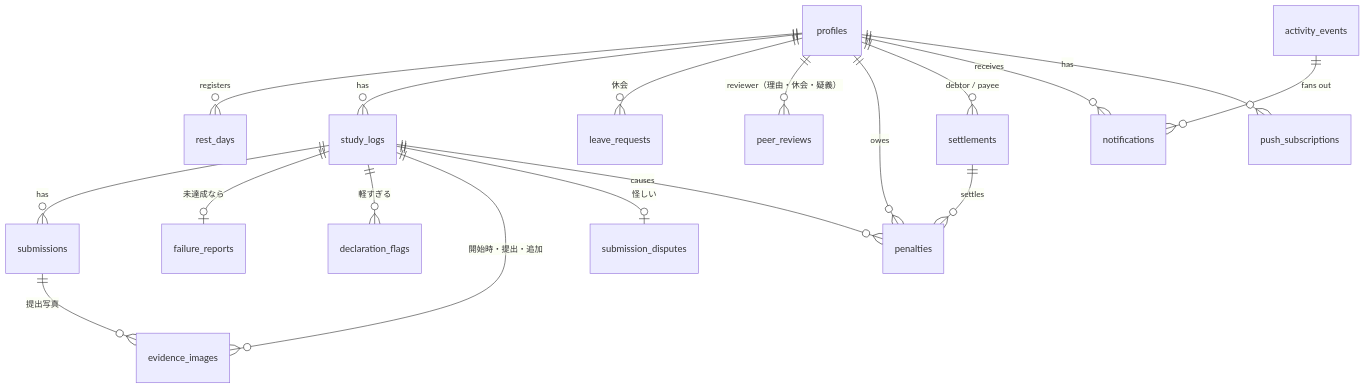
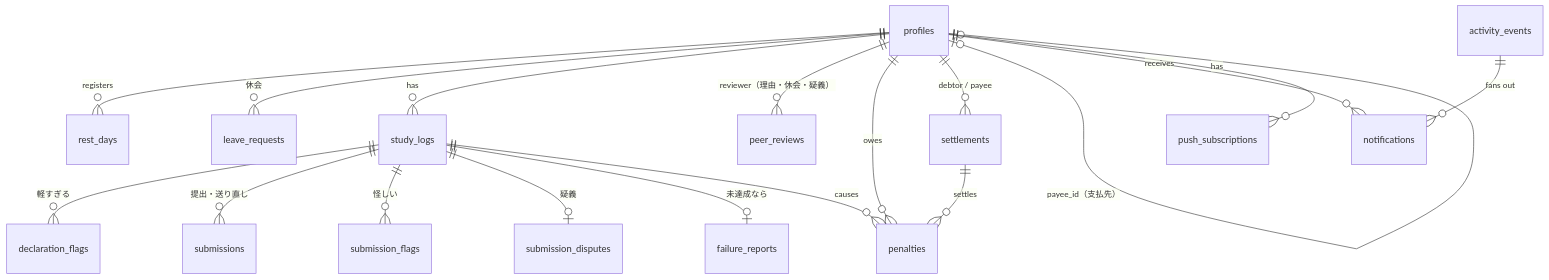
The diagram in docs/database.md (ashilal1/force-study-app), drawn with Mermaid before and after one commit. The commit also changed other lines of this file and 6 other files, not shown here.

Commit message:
docs: notification gate, passphrase-only evidence with suspicious flags, noon-based deadlines, admin-assigned payees, trial week

````diff
--- a/docs/database.md
+++ b/docs/database.md
@@ -7,20 +7,20 @@
 ```mermaid
 erDiagram
     profiles ||--o{ rest_days : "registers"
+    profiles ||--o{ leave_requests : "休会"
     profiles ||--o{ study_logs : "has"
-    study_logs ||--o{ submissions : "has"
+    study_logs ||--o{ declaration_flags : "軽すぎる"
+    study_logs ||--o{ submissions : "提出・送り直し"
+    study_logs ||--o{ submission_flags : "怪しい"
+    study_logs ||--o| submission_disputes : "疑義"
     study_logs ||--o| failure_reports : "未達成なら"
-    study_logs ||--o{ declaration_flags : "軽すぎる"
-    profiles ||--o{ leave_requests : "休会"
-    study_logs ||--o{ evidence_images : "開始時・提出・追加"
-    submissions ||--o{ evidence_images : "提出写真"
-    study_logs ||--o| submission_disputes : "怪しい"
     profiles ||--o{ peer_reviews : "reviewer（理由・休会・疑義）"
     study_logs ||--o{ penalties : "causes"
     profiles ||--o{ penalties : "owes"
     settlements ||--o{ penalties : "settles"
     profiles ||--o{ settlements : "debtor / payee"
+    profiles |o--o| profiles : "payee_id（支払先）"
     activity_events ||--o{ notifications : "fans out"
     profiles ||--o{ notifications : "receives"
     profiles ||--o{ push_subscriptions : "has"
 ```
````
